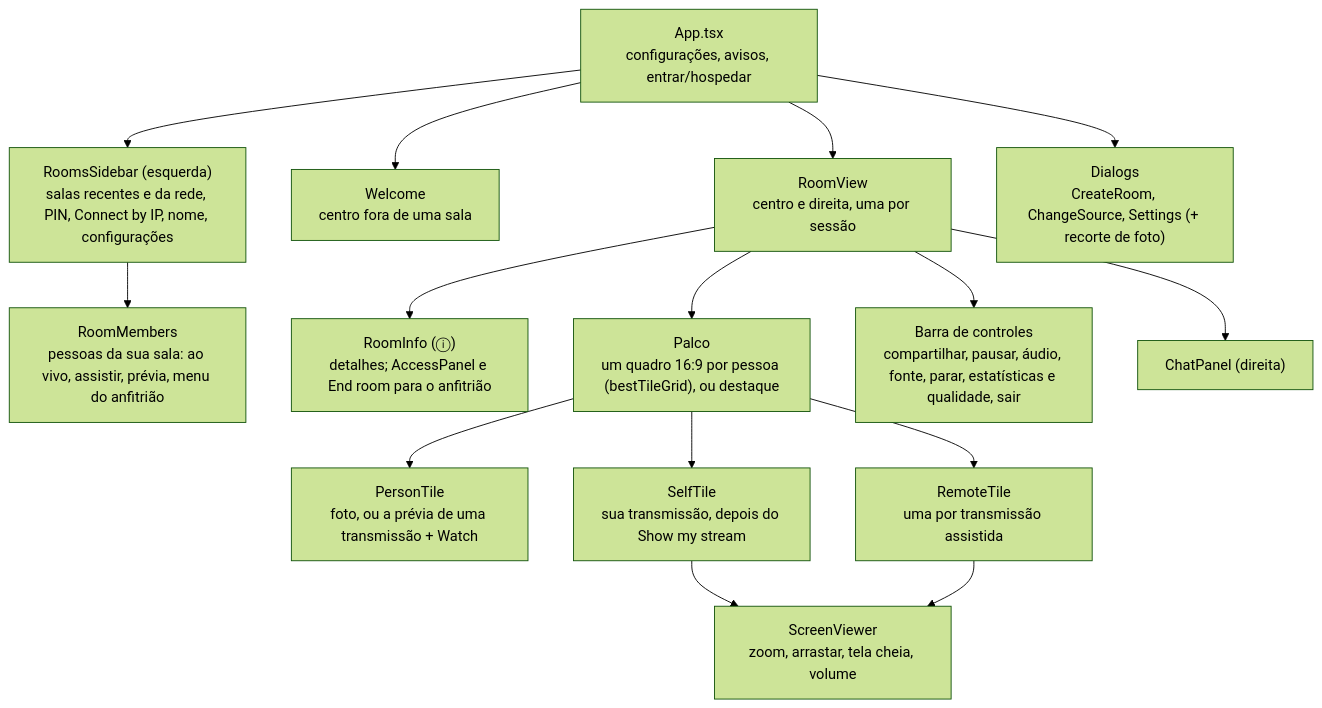
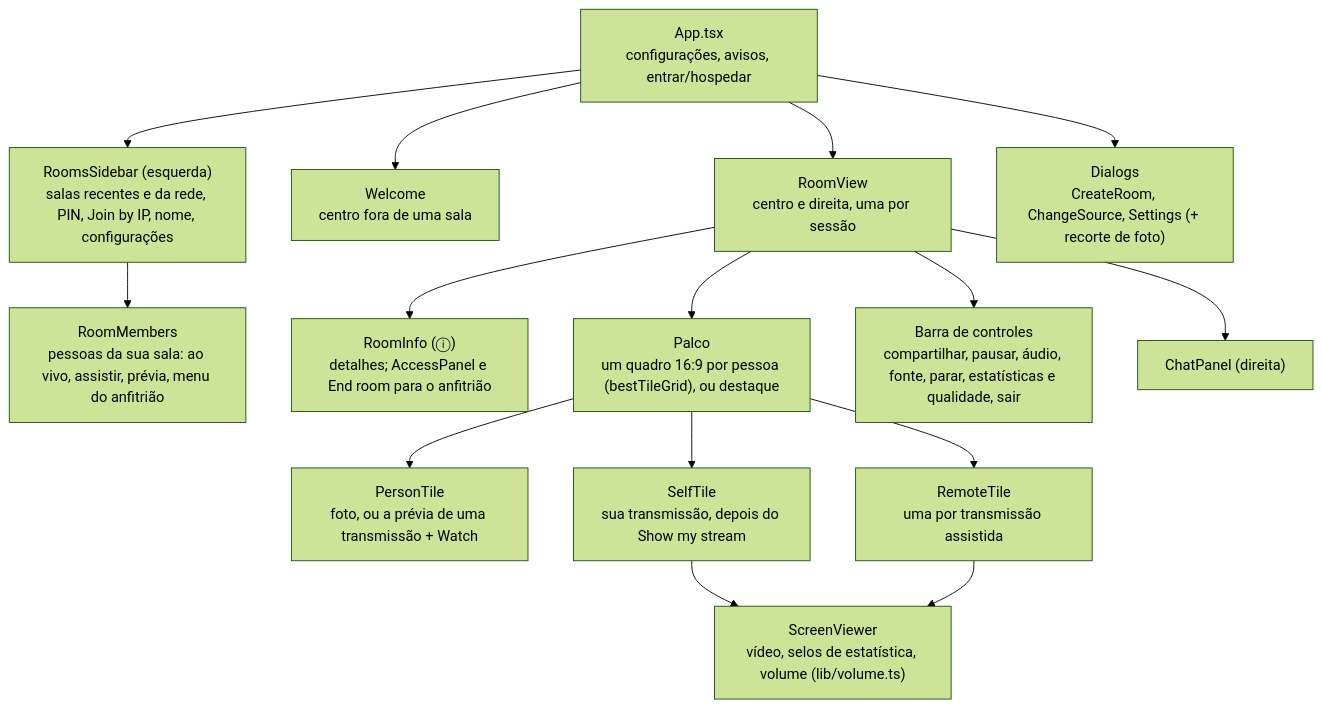
Before and after one commit to nsfxu/lan-screenshare: the fifth of 8 diagrams in docs/pt-BR/architecture.md, drawn with Mermaid (forest theme). The commit also changed other lines of this file and 17 other files, not shown here.

````diff
--- a/docs/pt-BR/architecture.md
+++ b/docs/pt-BR/architecture.md
@@ -264,18 +264,18 @@
 ```mermaid
 flowchart TB
   App["App.tsx<br/>configurações, avisos, entrar/hospedar"]
-  App --> Rooms["RoomsSidebar (esquerda)<br/>salas recentes e da rede, PIN, Connect by IP, nome, configurações"]
+  App --> Rooms["RoomsSidebar (esquerda)<br/>salas recentes e da rede, PIN, Join by IP, nome, configurações"]
   Rooms --> Members["RoomMembers<br/>pessoas da sua sala: ao vivo, assistir, prévia, menu do anfitrião"]
   App --> Welcome["Welcome<br/>centro fora de uma sala"]
   App --> Room["RoomView<br/>centro e direita, uma por sessão"]
   App --> Dlg["Dialogs<br/>CreateRoom, ChangeSource, Settings (+ recorte de foto)"]
   Room --> Info["RoomInfo (ⓘ)<br/>detalhes; AccessPanel e End room para o anfitrião"]
   Room --> Stage["Palco<br/>um quadro 16:9 por pessoa (bestTileGrid), ou destaque"]
   Stage --> Person["PersonTile<br/>foto, ou a prévia de uma transmissão + Watch"]
   Stage --> Self["SelfTile<br/>sua transmissão, depois do Show my stream"]
   Stage --> Remote["RemoteTile<br/>uma por transmissão assistida"]
-  Self --> SV["ScreenViewer<br/>zoom, arrastar, tela cheia, volume"]
+  Self --> SV["ScreenViewer<br/>vídeo, selos de estatística, volume (lib/volume.ts)"]
   Remote --> SV
   Room --> Bar["Barra de controles<br/>compartilhar, pausar, áudio, fonte, parar, estatísticas e qualidade, sair"]
   Room --> Chat["ChatPanel (direita)"]
 ```
````
